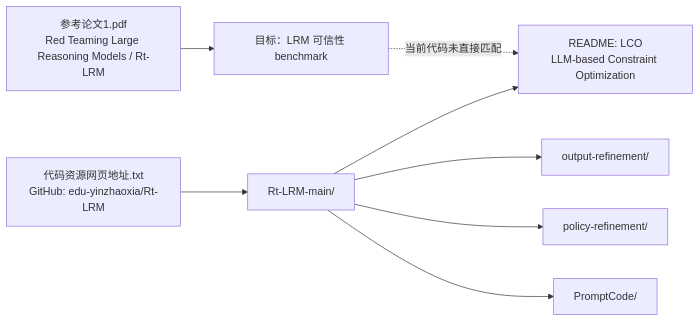
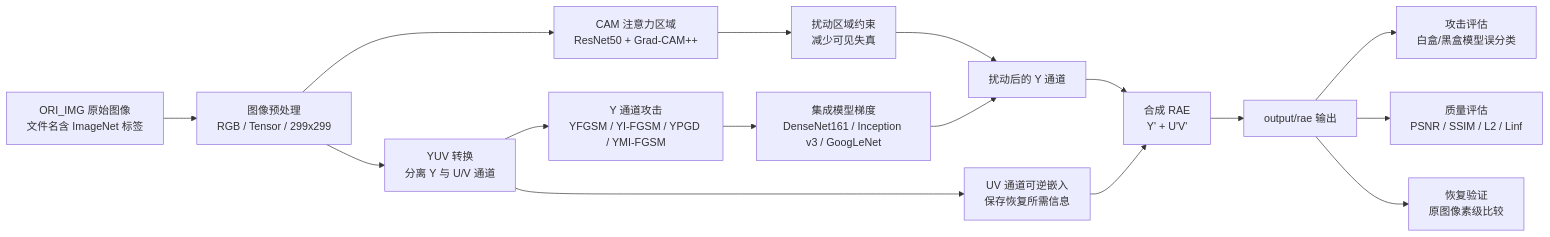
Before and after one commit to AMA123-OSS/llm-paper-reproduction: the first of 2 diagrams in 架构概览.md, drawn with Mermaid. The commit also changed other lines of this file and 57 other files, not shown here.

````diff
--- a/架构概览.md
+++ b/架构概览.md
@@ -7,10 +17,18 @@
 ```mermaid
 flowchart LR
-    A["参考论文1.pdf<br/>Red Teaming Large Reasoning Models / Rt-LRM"] --> B["目标：LRM 可信性 benchmark"]
-    C["代码资源网页地址.txt<br/>GitHub: edu-yinzhaoxia/Rt-LRM"] --> D["Rt-LRM-main/"]
-    D --> E["README: LCO<br/>LLM-based Constraint Optimization"]
-    D --> F["output-refinement/"]
-    D --> G["policy-refinement/"]
-    D --> H["PromptCode/"]
-    B -. "当前代码未直接匹配" .-> E
+    A["ORI_IMG 原始图像<br/>文件名含 ImageNet 标签"] --> B["图像预处理<br/>RGB / Tensor / 299x299"]
+    B --> C["CAM 注意力区域<br/>ResNet50 + Grad-CAM++"]
+    B --> D["YUV 转换<br/>分离 Y 与 U/V 通道"]
+    D --> E["Y 通道攻击<br/>YFGSM / YI-FGSM / YPGD / YMI-FGSM"]
+    E --> F["集成模型梯度<br/>DenseNet161 / Inception v3 / GoogLeNet"]
+    C --> G["扰动区域约束<br/>减少可见失真"]
+    F --> H["扰动后的 Y 通道"]
+    G --> H
+    D --> I["UV 通道可逆嵌入<br/>保存恢复所需信息"]
+    H --> J["合成 RAE<br/>Y' + U'V'"]
+    I --> J
+    J --> K["output/rae 输出"]
+    K --> L["攻击评估<br/>白盒/黑盒模型误分类"]
+    K --> M["质量评估<br/>PSNR / SSIM / L2 / Linf"]
+    K --> N["恢复验证<br/>原图像素级比较"]
 ```
````
